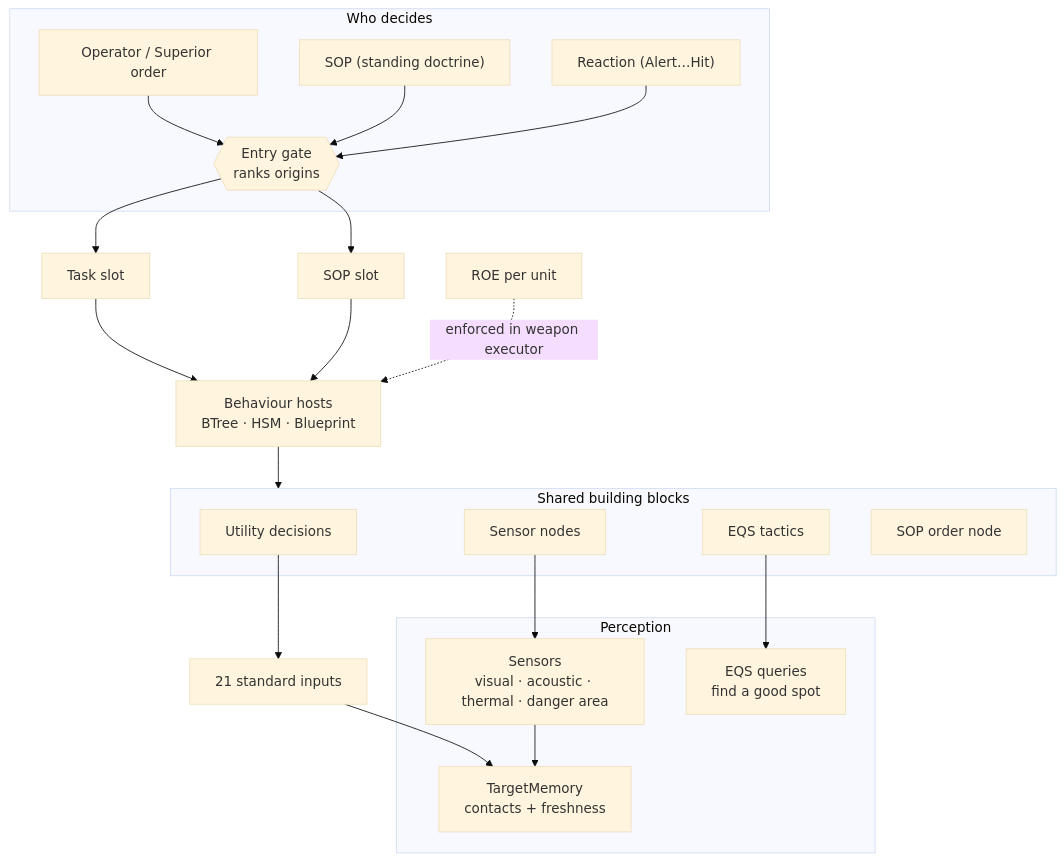
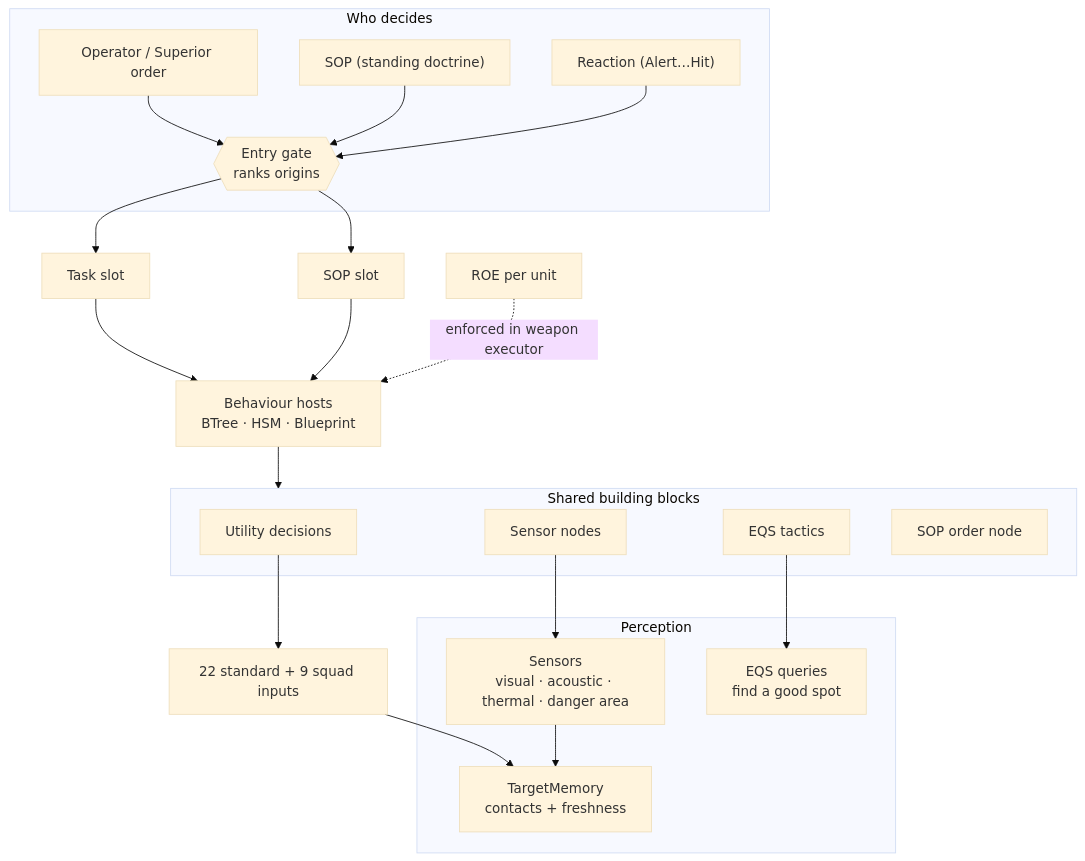
One commit to pjanec/HROT changed the first of 10 diagrams in docs/OVERVIEW_Behaviour_Building_Blocks.md. Above: the diagram before and after it, drawn with Mermaid (base theme). The commit also changed other lines of this file and 5 other files, not shown here.

````diff
--- a/docs/OVERVIEW_Behaviour_Building_Blocks.md
+++ b/docs/OVERVIEW_Behaviour_Building_Blocks.md
@@ -29,29 +32,29 @@
 ```mermaid
 graph TD
   subgraph WHO["Who decides"]
     OP["Operator / Superior order"] --> GATE
     SOP["SOP (standing doctrine)"] --> GATE
     REACT["Reaction (Alert…Hit)"] --> GATE
     GATE{{"Entry gate<br/>ranks origins"}}
   end
   GATE --> TASK["Task slot"]
   GATE --> SOPS["SOP slot"]
   TASK --> HOSTS
   SOPS --> HOSTS
   HOSTS["Behaviour hosts<br/>BTree · HSM · Blueprint"] --> NODES
   subgraph NODES["Shared building blocks"]
     UT["Utility decisions"]
     TAC["EQS tactics"]
     SN["Sensor nodes"]
     ORD["SOP order node"]
   end
-  UT --> INP["21 standard inputs"]
+  UT --> INP["22 standard + 9 squad inputs"]
   INP --> MEM
   SN --> SENS
   TAC --> EQS
   subgraph PERC["Perception"]
     SENS["Sensors<br/>visual · acoustic · thermal · danger area"] --> MEM["TargetMemory<br/>contacts + freshness"]
     EQS["EQS queries<br/>find a good spot"]
   end
   ROE["ROE per unit"] -. enforced in weapon executor .-> HOSTS
 ```
````
